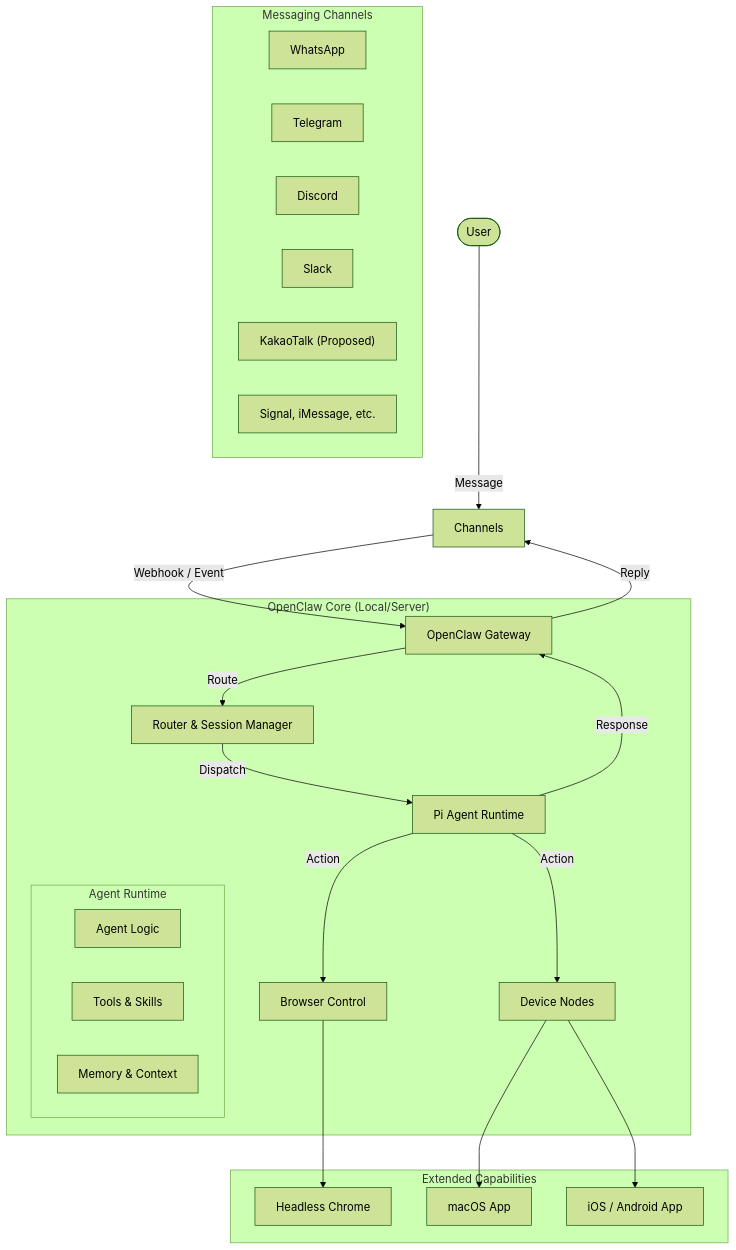
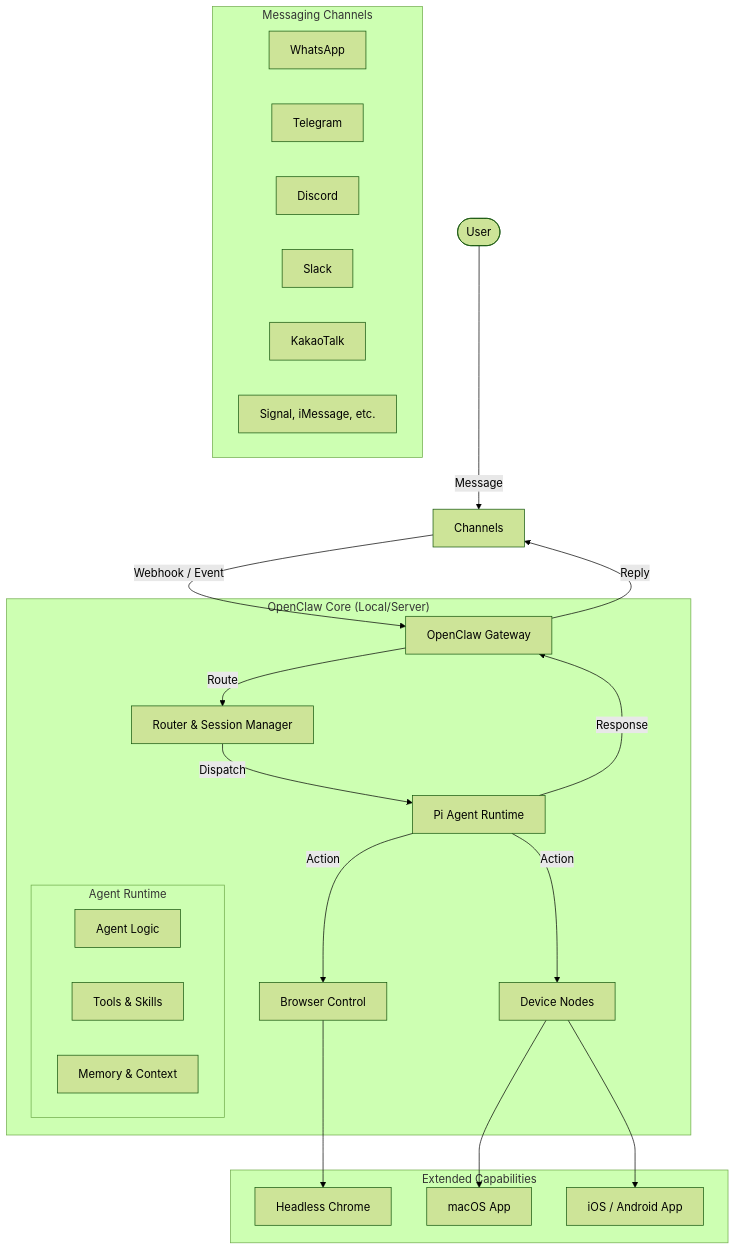
The diagram in structure.md (dirmich/marubot), drawn with Mermaid (forest theme) before and after one commit. The commit also changed 4 other files, not shown here.

````diff
--- a/structure.md
+++ b/structure.md
@@ -9,38 +9,38 @@
 ```mermaid
 graph TD
     User([User]) -->|Message| Channels
     
     subgraph "Messaging Channels"
         WhatsApp[WhatsApp]
         Telegram[Telegram]
         Discord[Discord]
         Slack[Slack]
-        KakaoTalk["KakaoTalk (Proposed)"]
+        KakaoTalk[KakaoTalk]
         Others["Signal, iMessage, etc."]
     end
     
     Channels -->|Webhook / Event| Gateway[OpenClaw Gateway]
     
     subgraph "OpenClaw Core (Local/Server)"
         Gateway -->|Route| Router[Router & Session Manager]
         Router -->|Dispatch| AgentRuntime[Pi Agent Runtime]
         
         subgraph "Agent Runtime"
             AgentLogic[Agent Logic]
             Tools[Tools & Skills]
             Memory[Memory & Context]
         end
         
         AgentRuntime -->|Action| Browser[Browser Control]
         AgentRuntime -->|Action| Nodes[Device Nodes]
         AgentRuntime -->|Response| Gateway
     end
     
     Gateway -->|Reply| Channels
     
     subgraph "Extended Capabilities"
         Browser --> Chrome[Headless Chrome]
         Nodes --> MacOS[macOS App]
         Nodes --> Mobile[iOS / Android App]
     end
 ```
````
